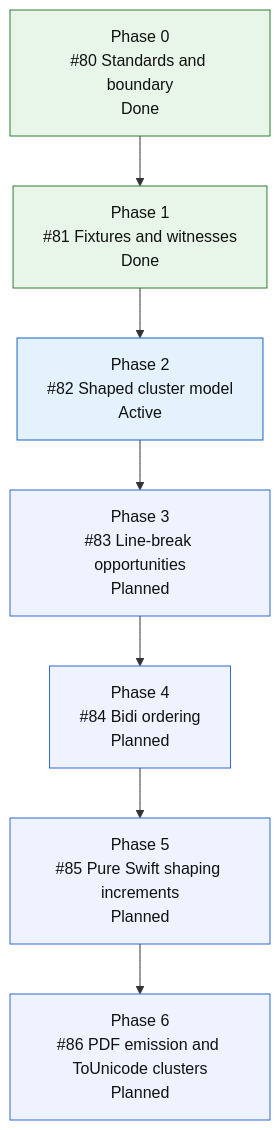
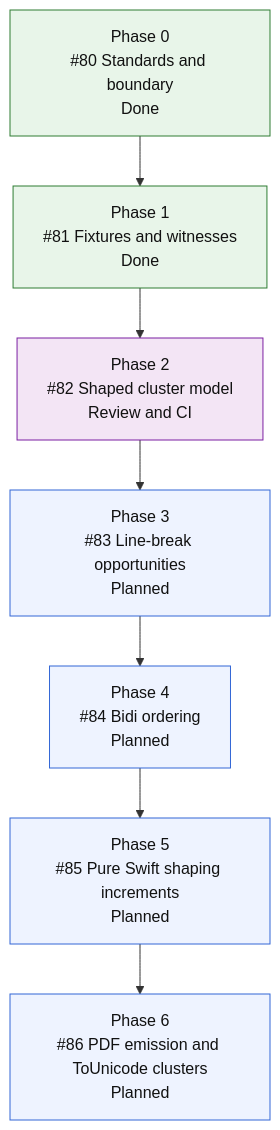
The fourth of 4 diagrams in README.md (mihaelamj/MarkdownPDF), drawn with Mermaid before and after one commit. The commit also changed 1 other file, not shown here.

Commit message:
docs(roadmap): mark shaped cluster model in review

````diff
--- a/README.md
+++ b/README.md
@@ -300,21 +300,21 @@
 ```mermaid
 flowchart TD
     S0["Phase 0<br/>#80 Standards and boundary<br/>Done"]
     S1["Phase 1<br/>#81 Fixtures and witnesses<br/>Done"]
-    S2["Phase 2<br/>#82 Shaped cluster model<br/>Active"]
+    S2["Phase 2<br/>#82 Shaped cluster model<br/>Review and CI"]
     S3["Phase 3<br/>#83 Line-break opportunities<br/>Planned"]
     S4["Phase 4<br/>#84 Bidi ordering<br/>Planned"]
     S5["Phase 5<br/>#85 Pure Swift shaping increments<br/>Planned"]
     S6["Phase 6<br/>#86 PDF emission and ToUnicode clusters<br/>Planned"]
 
     S0 --> S1 --> S2 --> S3 --> S4 --> S5 --> S6
 
     classDef done fill:#e8f5e9,stroke:#2e7d32,color:#111;
     classDef active fill:#e3f2fd,stroke:#1565c0,color:#111;
     classDef review fill:#f3e5f5,stroke:#7b1fa2,color:#111;
     classDef next fill:#fff8e1,stroke:#f9a825,color:#111;
     classDef todo fill:#eef3ff,stroke:#3367d6,color:#111;
     class S0,S1 done;
-    class S2 active;
+    class S2 review;
     class S3,S4,S5,S6 todo;
 ```
````
